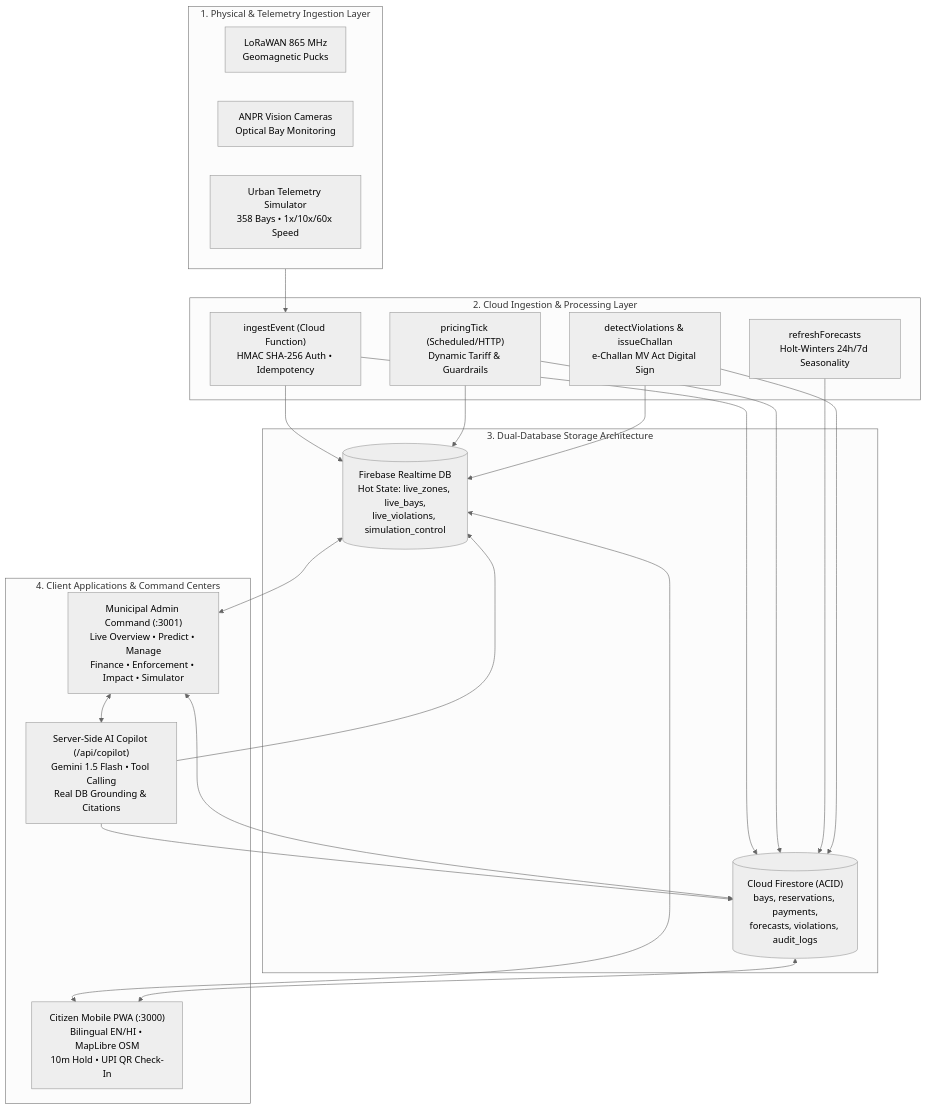
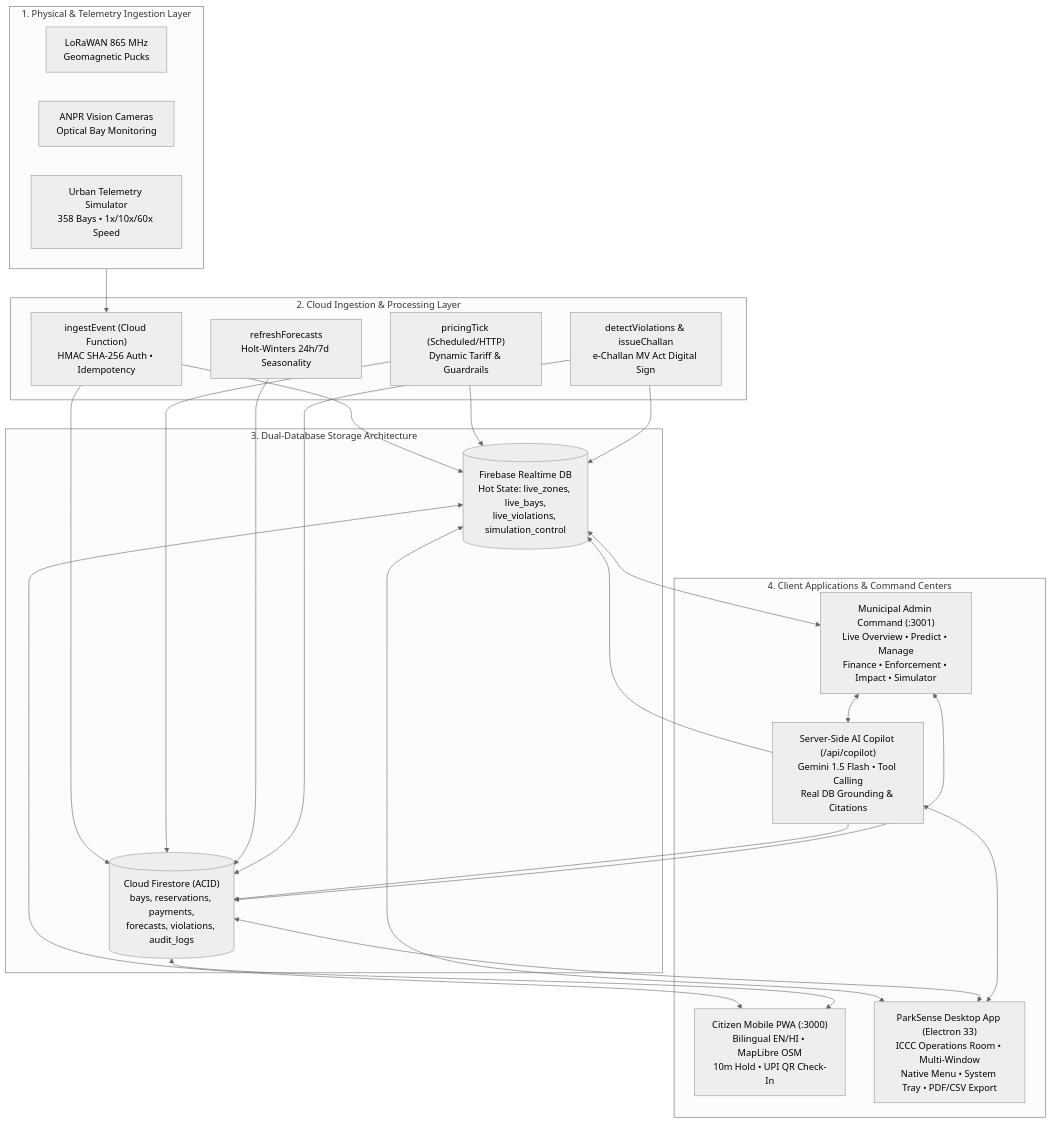
The diagram in README.md (ranaabhishek0702-dotcom/Parking_System_AD), drawn with Mermaid (neutral theme) before and after one commit. The commit also changed other lines of this file and 19 other files, not shown here.

Commit message:
Native Electron Desktop Application and ICCC Command Suite

````diff
--- a/README.md
+++ b/README.md
@@ -26,43 +26,47 @@
 ```mermaid
 flowchart TB
     subgraph IoT_Sensors["1. Physical & Telemetry Ingestion Layer"]
         LoRaWAN["LoRaWAN 865 MHz<br/>Geomagnetic Pucks"]
         Camera["ANPR Vision Cameras<br/>Optical Bay Monitoring"]
         Simulator["Urban Telemetry Simulator<br/>358 Bays • 1x/10x/60x Speed"]
     end
 
     subgraph Ingestion_Functions["2. Cloud Ingestion & Processing Layer"]
         Ingest["ingestEvent (Cloud Function)<br/>HMAC SHA-256 Auth • Idempotency"]
         PricingTick["pricingTick (Scheduled/HTTP)<br/>Dynamic Tariff & Guardrails"]
         ForecastEngine["refreshForecasts<br/>Holt-Winters 24h/7d Seasonality"]
         ViolationDet["detectViolations & issueChallan<br/>e-Challan MV Act Digital Sign"]
     end
 
     subgraph Data_Layer["3. Dual-Database Storage Architecture"]
         RTDB[("Firebase Realtime DB<br/>Hot State: live_zones, live_bays,<br/>live_violations, simulation_control")]
         Firestore[("Cloud Firestore (ACID)<br/>bays, reservations, payments,<br/>forecasts, violations, audit_logs")]
     end
 
     subgraph Client_Surfaces["4. Client Applications & Command Centers"]
         CitizenPWA["Citizen Mobile PWA (:3000)<br/>Bilingual EN/HI • MapLibre OSM<br/>10m Hold • UPI QR Check-In"]
         AdminDashboard["Municipal Admin Command (:3001)<br/>Live Overview • Predict • Manage<br/>Finance • Enforcement • Impact • Simulator"]
+        DesktopICCC["ParkSense Desktop App (Electron 33)<br/>ICCC Operations Room • Multi-Window<br/>Native Menu • System Tray • PDF/CSV Export"]
         AICopilot["Server-Side AI Copilot (/api/copilot)<br/>Gemini 1.5 Flash • Tool Calling<br/>Real DB Grounding & Citations"]
     end
 
     IoT_Sensors --> Ingest
     Ingest --> RTDB
     Ingest --> Firestore
     PricingTick --> RTDB
     PricingTick --> Firestore
     ForecastEngine --> Firestore
     ViolationDet --> Firestore
     ViolationDet --> RTDB
 
     RTDB <--> CitizenPWA
     RTDB <--> AdminDashboard
+    RTDB <--> DesktopICCC
     Firestore <--> CitizenPWA
     Firestore <--> AdminDashboard
+    Firestore <--> DesktopICCC
     AdminDashboard <--> AICopilot
+    DesktopICCC <--> AICopilot
     AICopilot --> RTDB
     AICopilot --> Firestore
 ```
````
